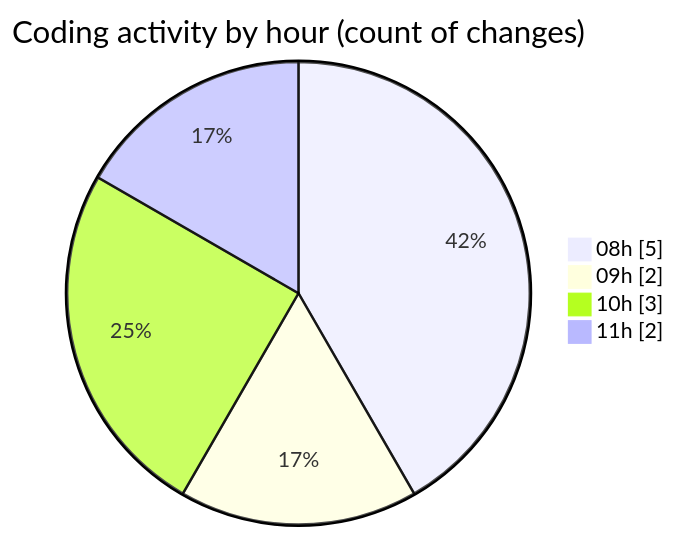
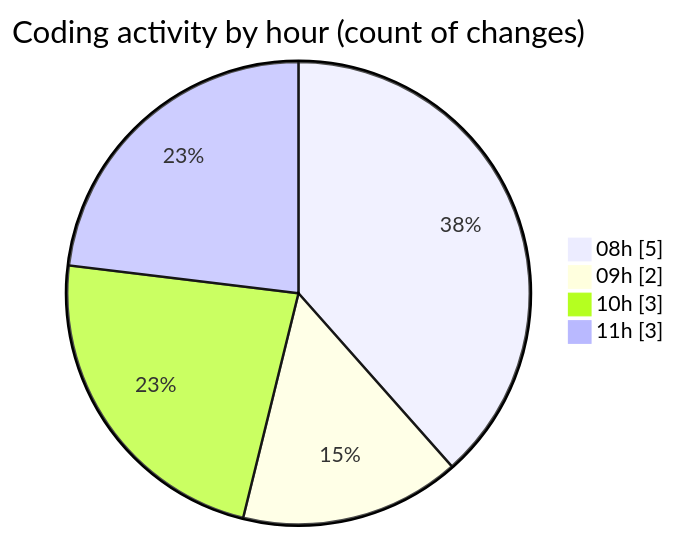
One commit to julien-gomy/code-tracking changed the second of 2 diagrams in 2025-10-27/eventscop-frontend-guide__workspace_/README.md. Above: the diagram before and after it, drawn with Mermaid. The commit also changed other lines of this file and 1 other file, not shown here.

````diff
--- a/2025-10-27/eventscop-frontend-guide__workspace_/README.md
+++ b/2025-10-27/eventscop-frontend-guide__workspace_/README.md
@@ -34,8 +35,8 @@
 ```mermaid
 pie showData
 title Coding activity by hour (count of changes)
 "08h" : 5
 "09h" : 2
 "10h" : 3
-"11h" : 2
+"11h" : 3
 ```
````
